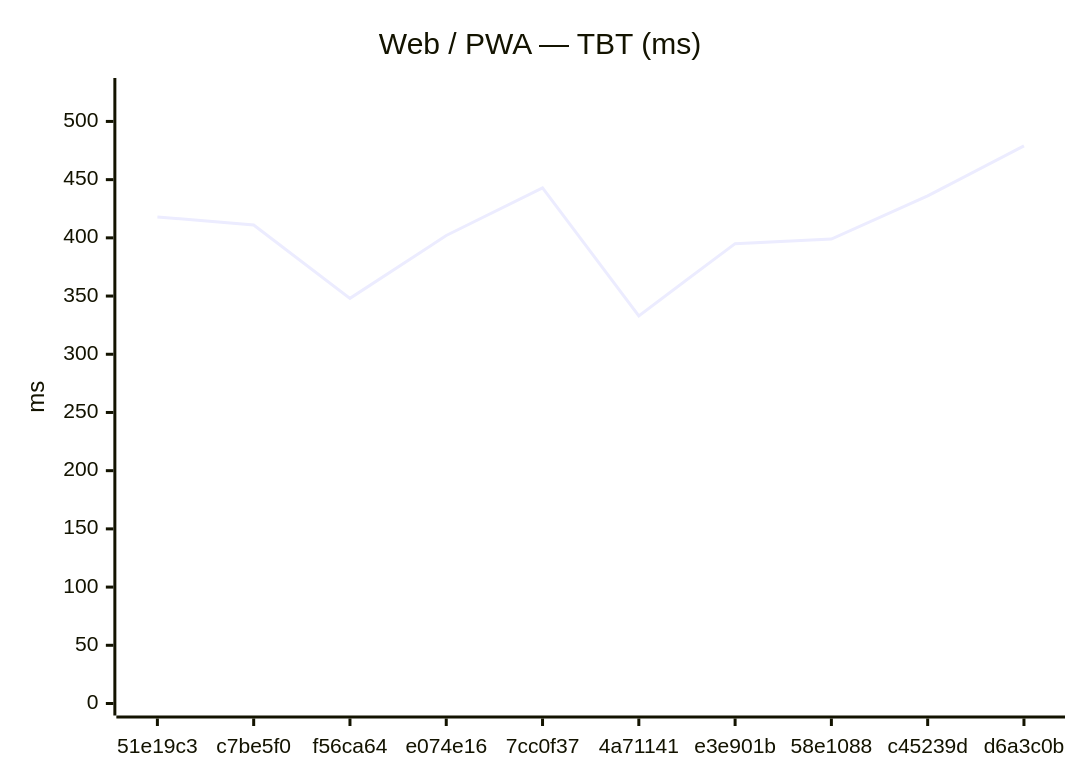
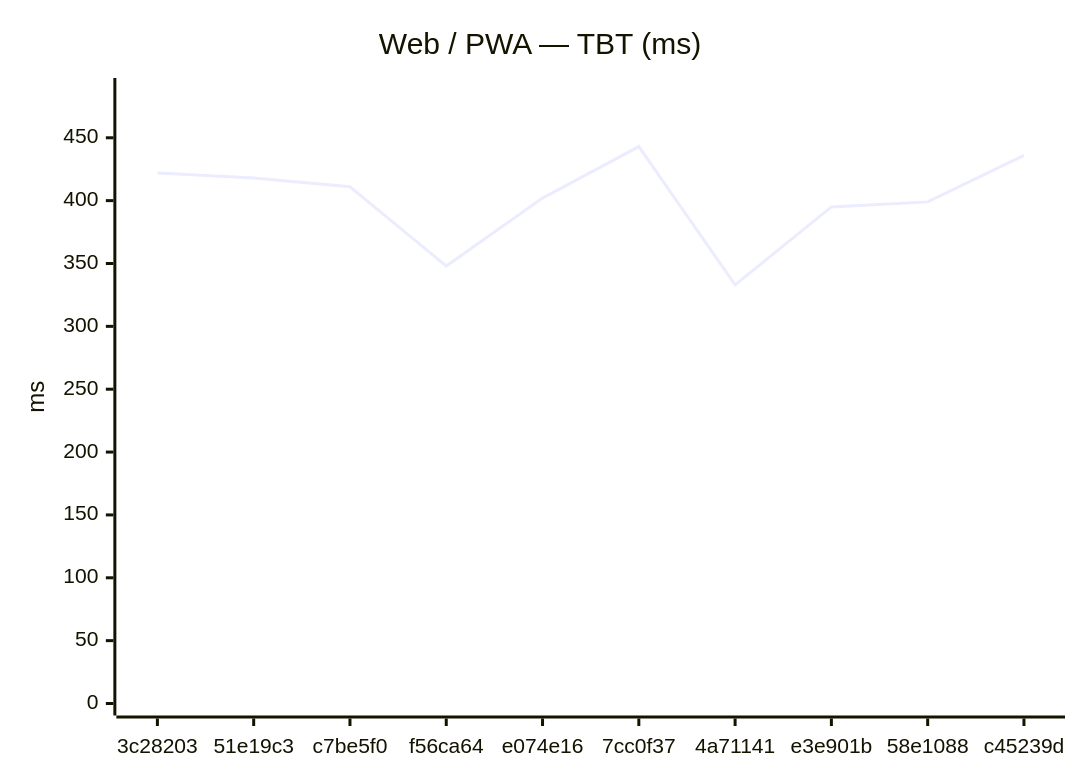
Before and after one commit to Metaheurist/Rianell: the second of 18 diagrams in benchmarks/compare.md, drawn with Mermaid. The commit also changed other lines of this file and 11 other files, not shown here.

````diff
--- a/benchmarks/compare.md
+++ b/benchmarks/compare.md
@@ -31,7 +31,7 @@
 ```mermaid
 xychart-beta
     title "Web / PWA — TBT (ms)"
-    x-axis ["51e19c3", "c7be5f0", "f56ca64", "e074e16", "7cc0f37", "4a71141", "e3e901b", "58e1088", "c45239d", "d6a3c0b"]
-    y-axis "ms" 0 --> 527
-    line [418, 411, 348, 402, 443, 333, 395, 399, 436, 479]
+    x-axis ["3c28203", "51e19c3", "c7be5f0", "f56ca64", "e074e16", "7cc0f37", "4a71141", "e3e901b", "58e1088", "c45239d"]
+    y-axis "ms" 0 --> 488
+    line [422, 418, 411, 348, 402, 443, 333, 395, 399, 436]
 ```
````
